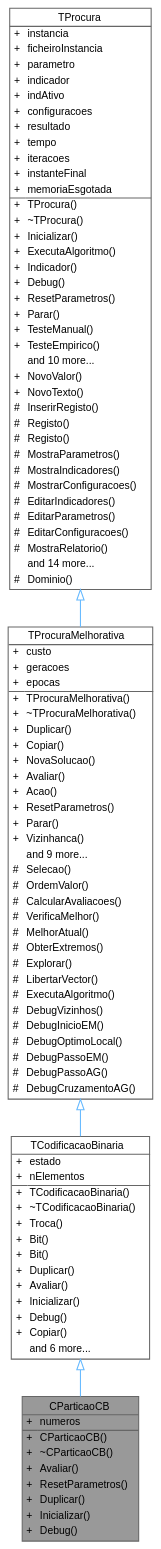
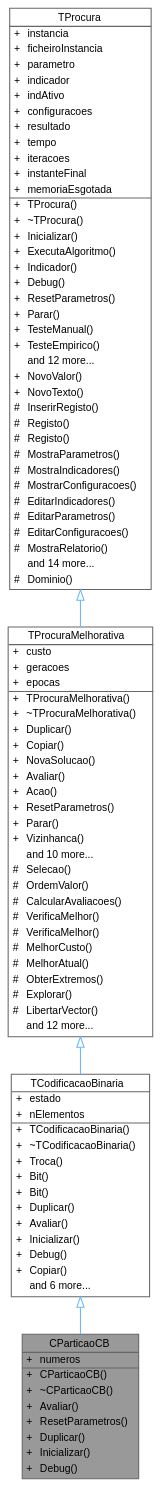
The diagram in classCParticaoCB__inherit__graph.dot (jcoelho72/TProcura), drawn with Graphviz before and after one commit. The commit also changed 301 other files, not shown here.

```diff
--- a/classCParticaoCB__inherit__graph.dot
+++ b/classCParticaoCB__inherit__graph.dot
@@ -53,22 +53,18 @@
 <TR><TD VALIGN="top" CELLPADDING="1" CELLSPACING="0">+</TD><TD VALIGN="top" ALIGN="LEFT" CELLPADDING="1" CELLSPACING="0">ResetParametros()<BR ALIGN="LEFT"/></TD></TR>
 <TR><TD VALIGN="top" CELLPADDING="1" CELLSPACING="0">+</TD><TD VALIGN="top" ALIGN="LEFT" CELLPADDING="1" CELLSPACING="0">Parar()<BR ALIGN="LEFT"/></TD></TR>
 <TR><TD VALIGN="top" CELLPADDING="1" CELLSPACING="0">+</TD><TD VALIGN="top" ALIGN="LEFT" CELLPADDING="1" CELLSPACING="0">Vizinhanca()<BR ALIGN="LEFT"/></TD></TR>
-<TR><TD VALIGN="top" CELLPADDING="1" CELLSPACING="0"></TD><TD VALIGN="top" ALIGN="LEFT" CELLPADDING="1" CELLSPACING="0">and 9 more...</TD></TR>
+<TR><TD VALIGN="top" CELLPADDING="1" CELLSPACING="0"></TD><TD VALIGN="top" ALIGN="LEFT" CELLPADDING="1" CELLSPACING="0">and 10 more...</TD></TR>
 <TR><TD VALIGN="top" CELLPADDING="1" CELLSPACING="0">#</TD><TD VALIGN="top" ALIGN="LEFT" CELLPADDING="1" CELLSPACING="0">Selecao()<BR ALIGN="LEFT"/></TD></TR>
 <TR><TD VALIGN="top" CELLPADDING="1" CELLSPACING="0">#</TD><TD VALIGN="top" ALIGN="LEFT" CELLPADDING="1" CELLSPACING="0">OrdemValor()<BR ALIGN="LEFT"/></TD></TR>
 <TR><TD VALIGN="top" CELLPADDING="1" CELLSPACING="0">#</TD><TD VALIGN="top" ALIGN="LEFT" CELLPADDING="1" CELLSPACING="0">CalcularAvaliacoes()<BR ALIGN="LEFT"/></TD></TR>
 <TR><TD VALIGN="top" CELLPADDING="1" CELLSPACING="0">#</TD><TD VALIGN="top" ALIGN="LEFT" CELLPADDING="1" CELLSPACING="0">VerificaMelhor()<BR ALIGN="LEFT"/></TD></TR>
+<TR><TD VALIGN="top" CELLPADDING="1" CELLSPACING="0">#</TD><TD VALIGN="top" ALIGN="LEFT" CELLPADDING="1" CELLSPACING="0">VerificaMelhor()<BR ALIGN="LEFT"/></TD></TR>
+<TR><TD VALIGN="top" CELLPADDING="1" CELLSPACING="0">#</TD><TD VALIGN="top" ALIGN="LEFT" CELLPADDING="1" CELLSPACING="0">MelhorCusto()<BR ALIGN="LEFT"/></TD></TR>
 <TR><TD VALIGN="top" CELLPADDING="1" CELLSPACING="0">#</TD><TD VALIGN="top" ALIGN="LEFT" CELLPADDING="1" CELLSPACING="0">MelhorAtual()<BR ALIGN="LEFT"/></TD></TR>
 <TR><TD VALIGN="top" CELLPADDING="1" CELLSPACING="0">#</TD><TD VALIGN="top" ALIGN="LEFT" CELLPADDING="1" CELLSPACING="0">ObterExtremos()<BR ALIGN="LEFT"/></TD></TR>
 <TR><TD VALIGN="top" CELLPADDING="1" CELLSPACING="0">#</TD><TD VALIGN="top" ALIGN="LEFT" CELLPADDING="1" CELLSPACING="0">Explorar()<BR ALIGN="LEFT"/></TD></TR>
 <TR><TD VALIGN="top" CELLPADDING="1" CELLSPACING="0">#</TD><TD VALIGN="top" ALIGN="LEFT" CELLPADDING="1" CELLSPACING="0">LibertarVector()<BR ALIGN="LEFT"/></TD></TR>
-<TR><TD VALIGN="top" CELLPADDING="1" CELLSPACING="0">#</TD><TD VALIGN="top" ALIGN="LEFT" CELLPADDING="1" CELLSPACING="0">ExecutaAlgoritmo()<BR ALIGN="LEFT"/></TD></TR>
-<TR><TD VALIGN="top" CELLPADDING="1" CELLSPACING="0">#</TD><TD VALIGN="top" ALIGN="LEFT" CELLPADDING="1" CELLSPACING="0">DebugVizinhos()<BR ALIGN="LEFT"/></TD></TR>
-<TR><TD VALIGN="top" CELLPADDING="1" CELLSPACING="0">#</TD><TD VALIGN="top" ALIGN="LEFT" CELLPADDING="1" CELLSPACING="0">DebugInicioEM()<BR ALIGN="LEFT"/></TD></TR>
-<TR><TD VALIGN="top" CELLPADDING="1" CELLSPACING="0">#</TD><TD VALIGN="top" ALIGN="LEFT" CELLPADDING="1" CELLSPACING="0">DebugOptimoLocal()<BR ALIGN="LEFT"/></TD></TR>
-<TR><TD VALIGN="top" CELLPADDING="1" CELLSPACING="0">#</TD><TD VALIGN="top" ALIGN="LEFT" CELLPADDING="1" CELLSPACING="0">DebugPassoEM()<BR ALIGN="LEFT"/></TD></TR>
-<TR><TD VALIGN="top" CELLPADDING="1" CELLSPACING="0">#</TD><TD VALIGN="top" ALIGN="LEFT" CELLPADDING="1" CELLSPACING="0">DebugPassoAG()<BR ALIGN="LEFT"/></TD></TR>
-<TR><TD VALIGN="top" CELLPADDING="1" CELLSPACING="0">#</TD><TD VALIGN="top" ALIGN="LEFT" CELLPADDING="1" CELLSPACING="0">DebugCruzamentoAG()<BR ALIGN="LEFT"/></TD></TR>
+<TR><TD VALIGN="top" CELLPADDING="1" CELLSPACING="0"></TD><TD VALIGN="top" ALIGN="LEFT" CELLPADDING="1" CELLSPACING="0">and 12 more...</TD></TR>
 </TABLE>>
 ,height=0.2,width=0.4,color="gray40", fillcolor="white", style="filled",URL="$classTProcuraMelhorativa.html",tooltip=" "];
   Node4 -> Node3 [id="edge6_Node000003_Node000004",dir="back",color="steelblue1",style="solid",tooltip=" ",arrowtail="onormal"];
@@ -96,7 +92,7 @@
 <TR><TD VALIGN="top" CELLPADDING="1" CELLSPACING="0">+</TD><TD VALIGN="top" ALIGN="LEFT" CELLPADDING="1" CELLSPACING="0">Parar()<BR ALIGN="LEFT"/></TD></TR>
 <TR><TD VALIGN="top" CELLPADDING="1" CELLSPACING="0">+</TD><TD VALIGN="top" ALIGN="LEFT" CELLPADDING="1" CELLSPACING="0">TesteManual()<BR ALIGN="LEFT"/></TD></TR>
 <TR><TD VALIGN="top" CELLPADDING="1" CELLSPACING="0">+</TD><TD VALIGN="top" ALIGN="LEFT" CELLPADDING="1" CELLSPACING="0">TesteEmpirico()<BR ALIGN="LEFT"/></TD></TR>
-<TR><TD VALIGN="top" CELLPADDING="1" CELLSPACING="0"></TD><TD VALIGN="top" ALIGN="LEFT" CELLPADDING="1" CELLSPACING="0">and 10 more...</TD></TR>
+<TR><TD VALIGN="top" CELLPADDING="1" CELLSPACING="0"></TD><TD VALIGN="top" ALIGN="LEFT" CELLPADDING="1" CELLSPACING="0">and 12 more...</TD></TR>
 <TR><TD VALIGN="top" CELLPADDING="1" CELLSPACING="0">+</TD><TD VALIGN="top" ALIGN="LEFT" CELLPADDING="1" CELLSPACING="0">NovoValor()<BR ALIGN="LEFT"/></TD></TR>
 <TR><TD VALIGN="top" CELLPADDING="1" CELLSPACING="0">+</TD><TD VALIGN="top" ALIGN="LEFT" CELLPADDING="1" CELLSPACING="0">NovoTexto()<BR ALIGN="LEFT"/></TD></TR>
 <TR><TD VALIGN="top" CELLPADDING="1" CELLSPACING="0">#</TD><TD VALIGN="top" ALIGN="LEFT" CELLPADDING="1" CELLSPACING="0">InserirRegisto()<BR ALIGN="LEFT"/></TD></TR>
```
